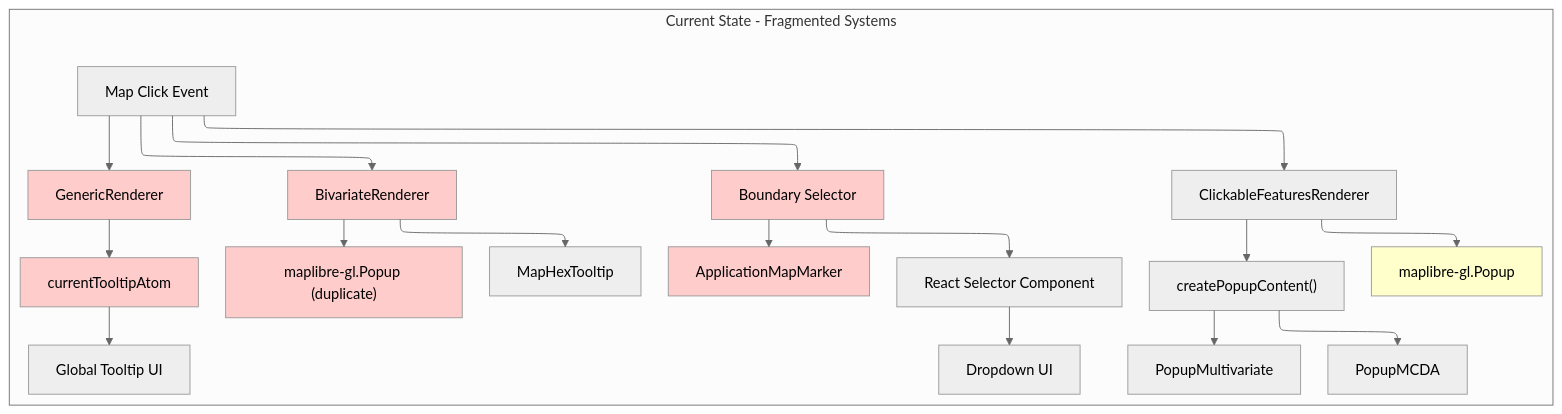
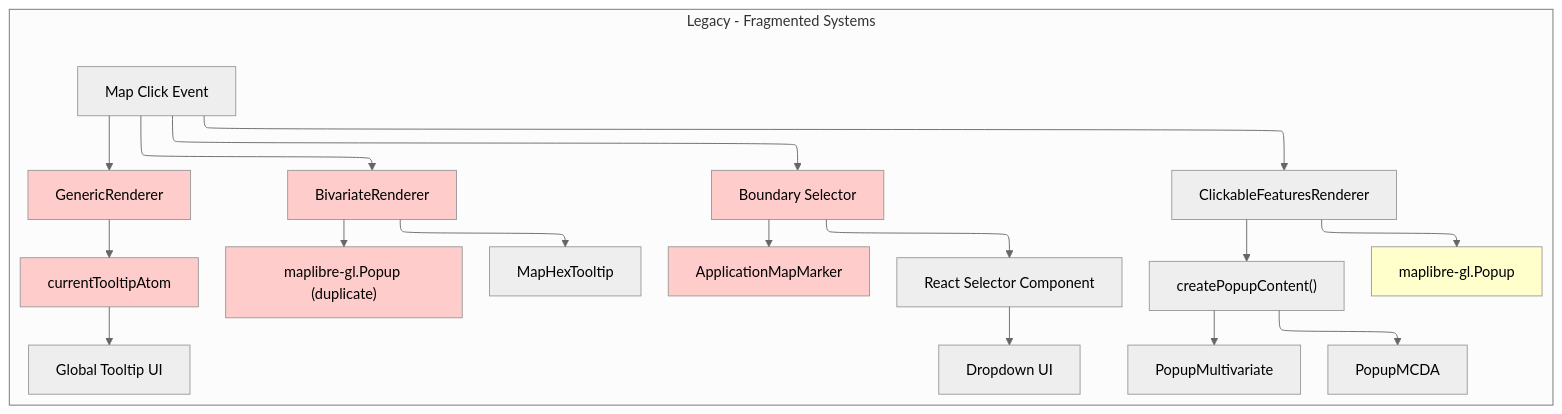
Before and after one commit to konturio/disaster-ninja-fe: the first of 2 diagrams in docs/architecture/ADR-001-MapPopover-Migration-Architecture.md, drawn with Mermaid (neutral theme). The commit also changed other lines of this file, not shown here.

````diff
--- a/docs/architecture/ADR-001-MapPopover-Migration-Architecture.md
+++ b/docs/architecture/ADR-001-MapPopover-Migration-Architecture.md
@@ -24,36 +24,36 @@
 ```mermaid
 ---
 config:
   layout: elk
 ---
 graph TD
-    subgraph "Current State - Fragmented Systems"
+    subgraph "Legacy - Fragmented Systems"
         A["Map Click Event"] --> B["GenericRenderer"]
         A --> C["ClickableFeaturesRenderer"]
         A --> D["BivariateRenderer"]
         A --> E["Boundary Selector"]
 
         B --> F["currentTooltipAtom"]
         F --> G["Global Tooltip UI"]
 
         C --> H["maplibre-gl.Popup"]
         C --> I["createPopupContent()"]
         I --> J["PopupMCDA"]
         I --> K["PopupMultivariate"]
 
         D --> L["maplibre-gl.Popup (duplicate)"]
         D --> M["MapHexTooltip"]
 
         E --> N["ApplicationMapMarker"]
         E --> O["React Selector Component"]
         O --> P["Dropdown UI"]
 
         style B fill:#ffcccc
         style D fill:#ffcccc
         style E fill:#ffcccc
         style F fill:#ffcccc
         style H fill:#ffffcc
         style L fill:#ffcccc
         style N fill:#ffcccc
     end
 ```
````
